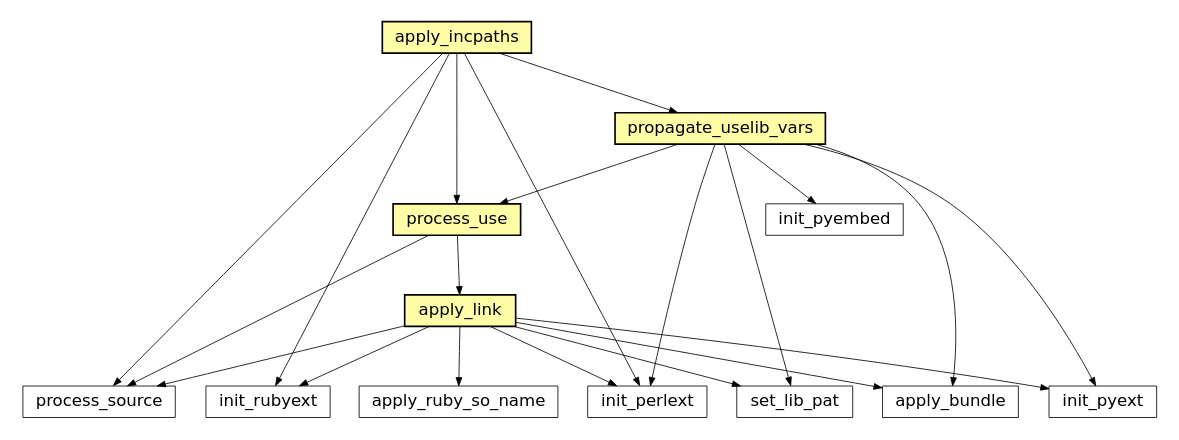
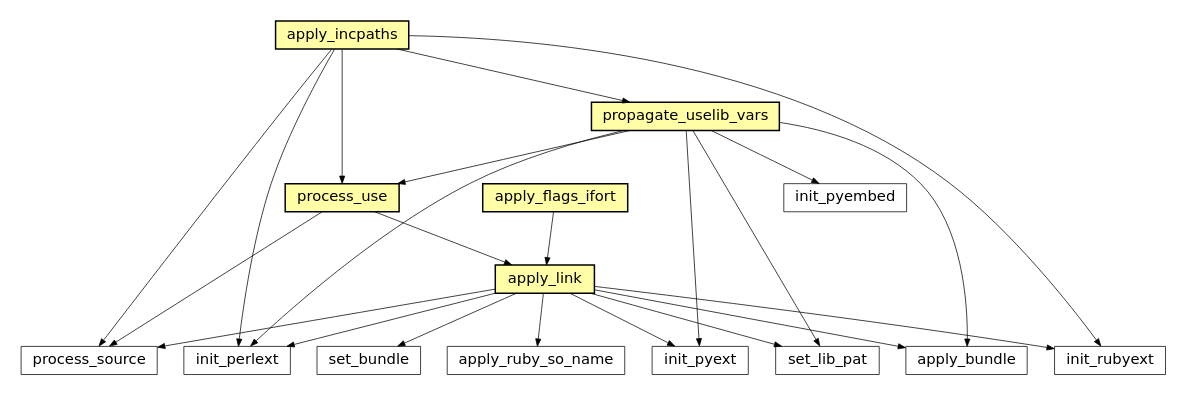
One commit to electronicvisions/waf changed diagram 14 of 45 in docs/sphinx/featuremap.rst. Above: the diagram before and after it, drawn with Graphviz. The commit also changed other lines of this file and 3 other files, not shown here.

```diff
--- a/docs/sphinx/featuremap.rst
+++ b/docs/sphinx/featuremap.rst
@@ -350,37 +404,41 @@
 .. graphviz::
 
 	digraph feature_fc {
-	size="8.0, 12.0";
-		"process_use" [style="setlinewidth(0.5)",URL="tools/ccroot.html#waflib.Tools.ccroot.process_use",fontname="Vera Sans, DejaVu Sans, Liberation Sans, Arial, Helvetica, sans",height=0.25,shape=box,fontsize=10,fillcolor="#fffea6",style=filled];
-	"init_perlext" [style="setlinewidth(0.5)",URL="tools/perl.html#waflib.Tools.perl.init_perlext",fontname="Vera Sans, DejaVu Sans, Liberation Sans, Arial, Helvetica, sans",height=0.25,shape=box,fontsize=10];
-	"apply_ruby_so_name" [style="setlinewidth(0.5)",URL="tools/ruby.html#waflib.Tools.ruby.apply_ruby_so_name",fontname="Vera Sans, DejaVu Sans, Liberation Sans, Arial, Helvetica, sans",height=0.25,shape=box,fontsize=10];
-	"process_source" [style="setlinewidth(0.5)",URL="TaskGen.html#waflib.TaskGen.process_source",fontname="Vera Sans, DejaVu Sans, Liberation Sans, Arial, Helvetica, sans",height=0.25,shape=box,fontsize=10];
-	"apply_incpaths" [style="setlinewidth(0.5)",URL="tools/ccroot.html#waflib.Tools.ccroot.apply_incpaths",fontname="Vera Sans, DejaVu Sans, Liberation Sans, Arial, Helvetica, sans",height=0.25,shape=box,fontsize=10,fillcolor="#fffea6",style=filled];
-	"apply_link" [style="setlinewidth(0.5)",URL="tools/ccroot.html#waflib.Tools.ccroot.apply_link",fontname="Vera Sans, DejaVu Sans, Liberation Sans, Arial, Helvetica, sans",height=0.25,shape=box,fontsize=10,fillcolor="#fffea6",style=filled];
-	"init_pyext" [style="setlinewidth(0.5)",URL="tools/python.html#waflib.Tools.python.init_pyext",fontname="Vera Sans, DejaVu Sans, Liberation Sans, Arial, Helvetica, sans",height=0.25,shape=box,fontsize=10];
-	"init_rubyext" [style="setlinewidth(0.5)",URL="tools/ruby.html#waflib.Tools.ruby.init_rubyext",fontname="Vera Sans, DejaVu Sans, Liberation Sans, Arial, Helvetica, sans",height=0.25,shape=box,fontsize=10];
-	"set_lib_pat" [style="setlinewidth(0.5)",URL="tools/fc_config.html#waflib.Tools.fc_config.set_lib_pat",fontname="Vera Sans, DejaVu Sans, Liberation Sans, Arial, Helvetica, sans",height=0.25,shape=box,fontsize=10];
-	"propagate_uselib_vars" [style="setlinewidth(0.5)",URL="tools/ccroot.html#waflib.Tools.ccroot.propagate_uselib_vars",fontname="Vera Sans, DejaVu Sans, Liberation Sans, Arial, Helvetica, sans",height=0.25,shape=box,fontsize=10,fillcolor="#fffea6",style=filled];
-	"init_pyembed" [style="setlinewidth(0.5)",URL="tools/python.html#waflib.Tools.python.init_pyembed",fontname="Vera Sans, DejaVu Sans, Liberation Sans, Arial, Helvetica, sans",height=0.25,shape=box,fontsize=10];
-	"apply_bundle" [style="setlinewidth(0.5)",URL="tools/c_osx.html#waflib.Tools.c_osx.apply_bundle",fontname="Vera Sans, DejaVu Sans, Liberation Sans, Arial, Helvetica, sans",height=0.25,shape=box,fontsize=10];
-	"process_use" -> "apply_link" [arrowsize=0.5,style="setlinewidth(0.5)"];
-	"process_use" -> "process_source" [arrowsize=0.5,style="setlinewidth(0.5)"];
-	"apply_incpaths" -> "propagate_uselib_vars" [arrowsize=0.5,style="setlinewidth(0.5)"];
-	"apply_incpaths" -> "process_source" [arrowsize=0.5,style="setlinewidth(0.5)"];
-	"apply_incpaths" -> "process_use" [arrowsize=0.5,style="setlinewidth(0.5)"];
-	"apply_incpaths" -> "init_rubyext" [arrowsize=0.5,style="setlinewidth(0.5)"];
-	"apply_incpaths" -> "init_perlext" [arrowsize=0.5,style="setlinewidth(0.5)"];
-	"propagate_uselib_vars" -> "apply_bundle" [arrowsize=0.5,style="setlinewidth(0.5)"];
-	"propagate_uselib_vars" -> "process_use" [arrowsize=0.5,style="setlinewidth(0.5)"];
-	"propagate_uselib_vars" -> "set_lib_pat" [arrowsize=0.5,style="setlinewidth(0.5)"];
-	"propagate_uselib_vars" -> "init_pyext" [arrowsize=0.5,style="setlinewidth(0.5)"];
-	"propagate_uselib_vars" -> "init_pyembed" [arrowsize=0.5,style="setlinewidth(0.5)"];
-	"propagate_uselib_vars" -> "init_perlext" [arrowsize=0.5,style="setlinewidth(0.5)"];
-	"apply_link" -> "apply_bundle" [arrowsize=0.5,style="setlinewidth(0.5)"];
-	"apply_link" -> "process_source" [arrowsize=0.5,style="setlinewidth(0.5)"];
-	"apply_link" -> "set_lib_pat" [arrowsize=0.5,style="setlinewidth(0.5)"];
-	"apply_link" -> "init_rubyext" [arrowsize=0.5,style="setlinewidth(0.5)"];
-	"apply_link" -> "apply_ruby_so_name" [arrowsize=0.5,style="setlinewidth(0.5)"];
-	"apply_link" -> "init_pyext" [arrowsize=0.5,style="setlinewidth(0.5)"];
-	"apply_link" -> "init_perlext" [arrowsize=0.5,style="setlinewidth(0.5)"];
+		size="8.0, 12.0";
+		process_use [style="setlinewidth(0.5)",URL="tools/ccroot.html#waflib.Tools.ccroot.process_use",target="_top",fontname="Vera Sans, DejaVu Sans, Liberation Sans, Arial, Helvetica, sans",height=0.25,shape="rectangle",fontsize=10,fillcolor="#fffea6",style=filled];
+		init_perlext [style="setlinewidth(0.5)",URL="tools/perl.html#waflib.Tools.perl.init_perlext",target="_top",fontname="Vera Sans, DejaVu Sans, Liberation Sans, Arial, Helvetica, sans",height=0.25,shape="rectangle",fontsize=10];
+		apply_ruby_so_name [style="setlinewidth(0.5)",URL="tools/ruby.html#waflib.Tools.ruby.apply_ruby_so_name",target="_top",fontname="Vera Sans, DejaVu Sans, Liberation Sans, Arial, Helvetica, sans",height=0.25,shape="rectangle",fontsize=10];
+		process_source [style="setlinewidth(0.5)",URL="TaskGen.html#waflib.TaskGen.process_source",target="_top",fontname="Vera Sans, DejaVu Sans, Liberation Sans, Arial, Helvetica, sans",height=0.25,shape="rectangle",fontsize=10];
+		apply_incpaths [style="setlinewidth(0.5)",URL="tools/ccroot.html#waflib.Tools.ccroot.apply_incpaths",target="_top",fontname="Vera Sans, DejaVu Sans, Liberation Sans, Arial, Helvetica, sans",height=0.25,shape="rectangle",fontsize=10,fillcolor="#fffea6",style=filled];
+		apply_link [style="setlinewidth(0.5)",URL="tools/ccroot.html#waflib.Tools.ccroot.apply_link",target="_top",fontname="Vera Sans, DejaVu Sans, Liberation Sans, Arial, Helvetica, sans",height=0.25,shape="rectangle",fontsize=10,fillcolor="#fffea6",style=filled];
+		init_pyext [style="setlinewidth(0.5)",URL="tools/python.html#waflib.Tools.python.init_pyext",target="_top",fontname="Vera Sans, DejaVu Sans, Liberation Sans, Arial, Helvetica, sans",height=0.25,shape="rectangle",fontsize=10];
+		init_rubyext [style="setlinewidth(0.5)",URL="tools/ruby.html#waflib.Tools.ruby.init_rubyext",target="_top",fontname="Vera Sans, DejaVu Sans, Liberation Sans, Arial, Helvetica, sans",height=0.25,shape="rectangle",fontsize=10];
+		set_bundle [style="setlinewidth(0.5)",URL="tools/python.html#waflib.Tools.python.set_bundle",target="_top",fontname="Vera Sans, DejaVu Sans, Liberation Sans, Arial, Helvetica, sans",height=0.25,shape="rectangle",fontsize=10];
+		set_lib_pat [style="setlinewidth(0.5)",URL="tools/fc_config.html#waflib.Tools.fc_config.set_lib_pat",target="_top",fontname="Vera Sans, DejaVu Sans, Liberation Sans, Arial, Helvetica, sans",height=0.25,shape="rectangle",fontsize=10];
+		propagate_uselib_vars [style="setlinewidth(0.5)",URL="tools/ccroot.html#waflib.Tools.ccroot.propagate_uselib_vars",target="_top",fontname="Vera Sans, DejaVu Sans, Liberation Sans, Arial, Helvetica, sans",height=0.25,shape="rectangle",fontsize=10,fillcolor="#fffea6",style=filled];
+		init_pyembed [style="setlinewidth(0.5)",URL="tools/python.html#waflib.Tools.python.init_pyembed",target="_top",fontname="Vera Sans, DejaVu Sans, Liberation Sans, Arial, Helvetica, sans",height=0.25,shape="rectangle",fontsize=10];
+		apply_flags_ifort [style="setlinewidth(0.5)",URL="tools/ifort.html#waflib.Tools.ifort.apply_flags_ifort",target="_top",fontname="Vera Sans, DejaVu Sans, Liberation Sans, Arial, Helvetica, sans",height=0.25,shape="rectangle",fontsize=10,fillcolor="#fffea6",style=filled];
+		apply_bundle [style="setlinewidth(0.5)",URL="tools/c_osx.html#waflib.Tools.c_osx.apply_bundle",target="_top",fontname="Vera Sans, DejaVu Sans, Liberation Sans, Arial, Helvetica, sans",height=0.25,shape="rectangle",fontsize=10];
+		"process_use" -> "apply_link" [arrowsize=0.5,style="setlinewidth(0.5)"];
+		"process_use" -> "process_source" [arrowsize=0.5,style="setlinewidth(0.5)"];
+		"apply_incpaths" -> "propagate_uselib_vars" [arrowsize=0.5,style="setlinewidth(0.5)"];
+		"apply_incpaths" -> "process_source" [arrowsize=0.5,style="setlinewidth(0.5)"];
+		"apply_incpaths" -> "process_use" [arrowsize=0.5,style="setlinewidth(0.5)"];
+		"apply_incpaths" -> "init_rubyext" [arrowsize=0.5,style="setlinewidth(0.5)"];
+		"apply_incpaths" -> "init_perlext" [arrowsize=0.5,style="setlinewidth(0.5)"];
+		"propagate_uselib_vars" -> "apply_bundle" [arrowsize=0.5,style="setlinewidth(0.5)"];
+		"propagate_uselib_vars" -> "process_use" [arrowsize=0.5,style="setlinewidth(0.5)"];
+		"propagate_uselib_vars" -> "set_lib_pat" [arrowsize=0.5,style="setlinewidth(0.5)"];
+		"propagate_uselib_vars" -> "init_perlext" [arrowsize=0.5,style="setlinewidth(0.5)"];
+		"propagate_uselib_vars" -> "init_pyext" [arrowsize=0.5,style="setlinewidth(0.5)"];
+		"propagate_uselib_vars" -> "init_pyembed" [arrowsize=0.5,style="setlinewidth(0.5)"];
+		"apply_link" -> "apply_bundle" [arrowsize=0.5,style="setlinewidth(0.5)"];
+		"apply_link" -> "process_source" [arrowsize=0.5,style="setlinewidth(0.5)"];
+		"apply_link" -> "set_lib_pat" [arrowsize=0.5,style="setlinewidth(0.5)"];
+		"apply_link" -> "init_rubyext" [arrowsize=0.5,style="setlinewidth(0.5)"];
+		"apply_link" -> "apply_ruby_so_name" [arrowsize=0.5,style="setlinewidth(0.5)"];
+		"apply_link" -> "init_perlext" [arrowsize=0.5,style="setlinewidth(0.5)"];
+		"apply_link" -> "init_pyext" [arrowsize=0.5,style="setlinewidth(0.5)"];
+		"apply_link" -> "set_bundle" [arrowsize=0.5,style="setlinewidth(0.5)"];
+		"apply_flags_ifort" -> "apply_link" [arrowsize=0.5,style="setlinewidth(0.5)"];
 	}
```
